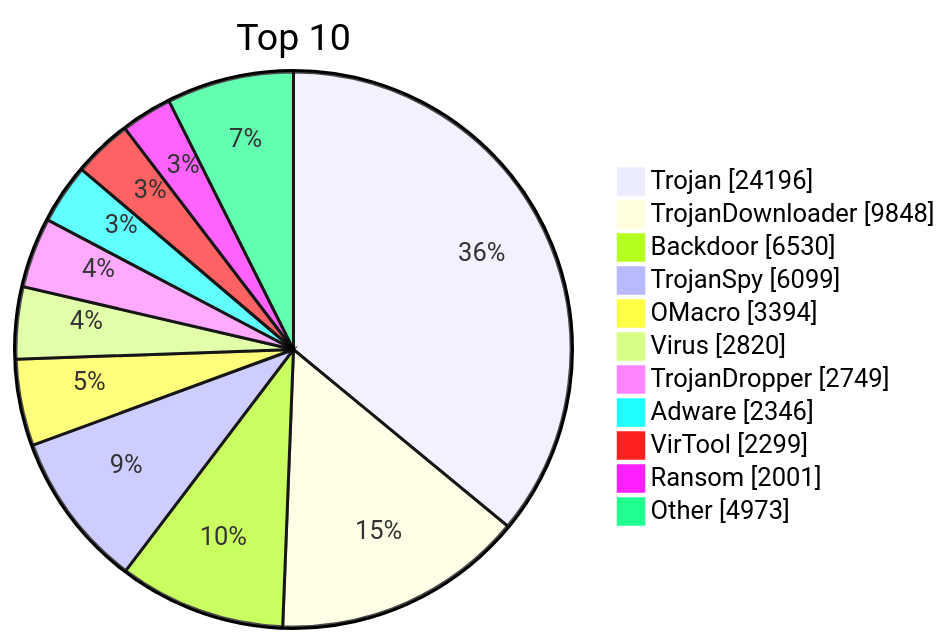
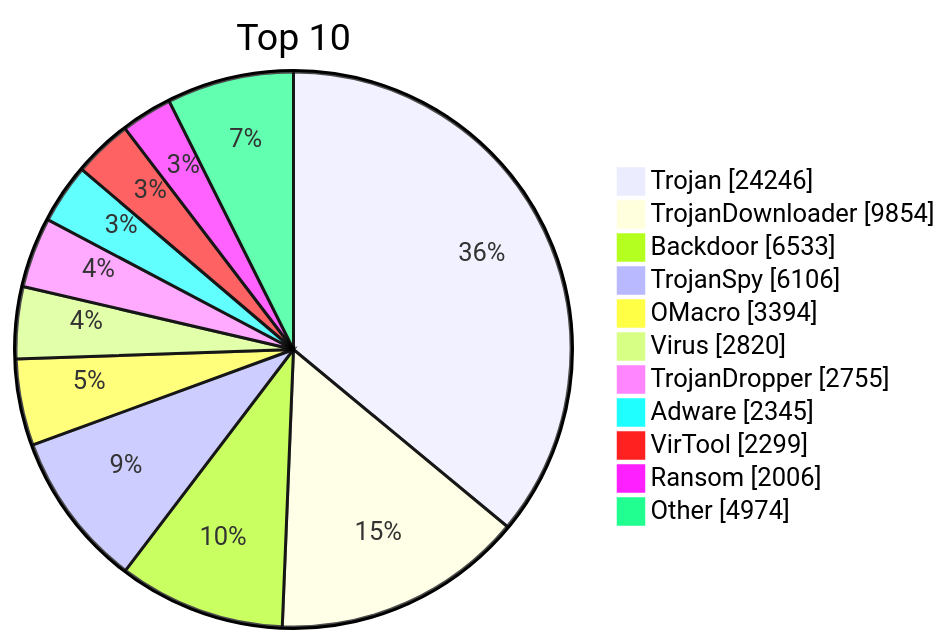
The diagram in README.md (JerryLinLinLin/huorong-virdb-changelog), drawn with Mermaid before and after one commit. The commit also changed other lines of this file and 15 other files, not shown here.

````diff
--- a/README.md
+++ b/README.md
@@ -19,15 +19,15 @@
 ```mermaid
 pie showData
     title Top 10
-    "Trojan" : 24196
-    "TrojanDownloader" : 9848
-    "Backdoor" : 6530
-    "TrojanSpy" : 6099
+    "Trojan" : 24246
+    "TrojanDownloader" : 9854
+    "Backdoor" : 6533
+    "TrojanSpy" : 6106
     "OMacro" : 3394
     "Virus" : 2820
-    "TrojanDropper" : 2749
-    "Adware" : 2346
+    "TrojanDropper" : 2755
+    "Adware" : 2345
     "VirTool" : 2299
-    "Ransom" : 2001
-    "Other" : 4973
+    "Ransom" : 2006
+    "Other" : 4974
 ```
````
